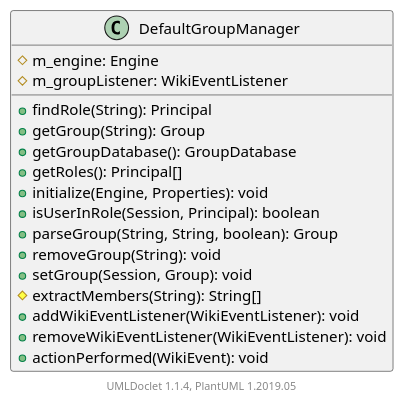
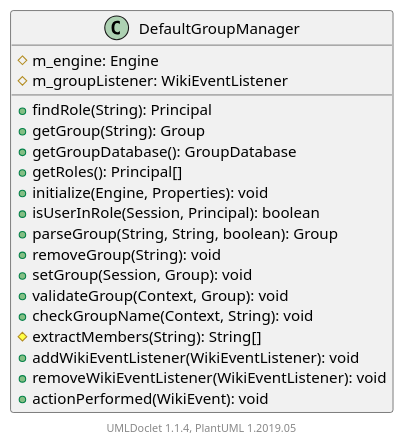
One commit to apache/jspwiki-site changed the diagram in apidocs/2.11.0.M7-SNAPSHOT/org/apache/wiki/auth/authorize/DefaultGroupManager.puml. Above: the diagram before and after it, drawn with PlantUML. The commit also changed 1821 other files, not shown here.

```diff
--- a/apidocs/2.11.0.M7-SNAPSHOT/org/apache/wiki/auth/authorize/DefaultGroupManager.puml
+++ b/apidocs/2.11.0.M7-SNAPSHOT/org/apache/wiki/auth/authorize/DefaultGroupManager.puml
@@ -1,23 +1,25 @@
 @startuml
 
     class DefaultGroupManager [[DefaultGroupManager.html]] {
         #m_engine: Engine
         #m_groupListener: WikiEventListener
         +findRole(String): Principal
         +getGroup(String): Group
         +getGroupDatabase(): GroupDatabase
         +getRoles(): Principal[]
         +initialize(Engine, Properties): void
         +isUserInRole(Session, Principal): boolean
         +parseGroup(String, String, boolean): Group
         +removeGroup(String): void
         +setGroup(Session, Group): void
+        +validateGroup(Context, Group): void
+        +checkGroupName(Context, String): void
         #extractMembers(String): String[]
         +addWikiEventListener(WikiEventListener): void
         +removeWikiEventListener(WikiEventListener): void
         +actionPerformed(WikiEvent): void
     }
 
 
     center footer UMLDoclet 1.1.4, PlantUML 1.2019.05
 @enduml
```
